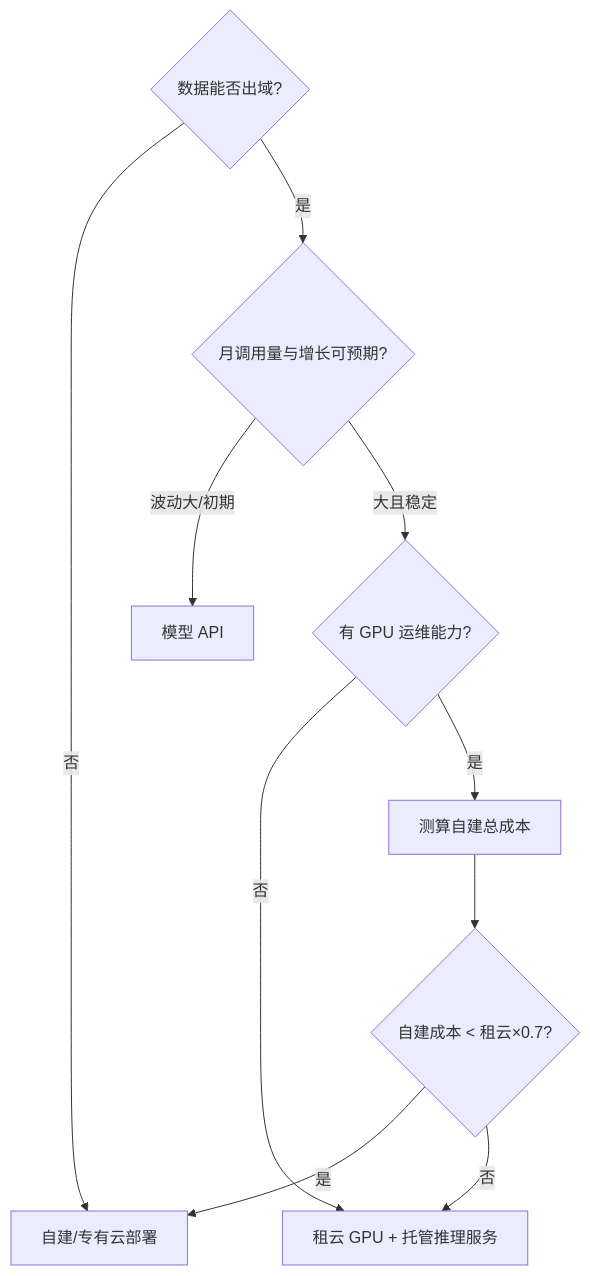
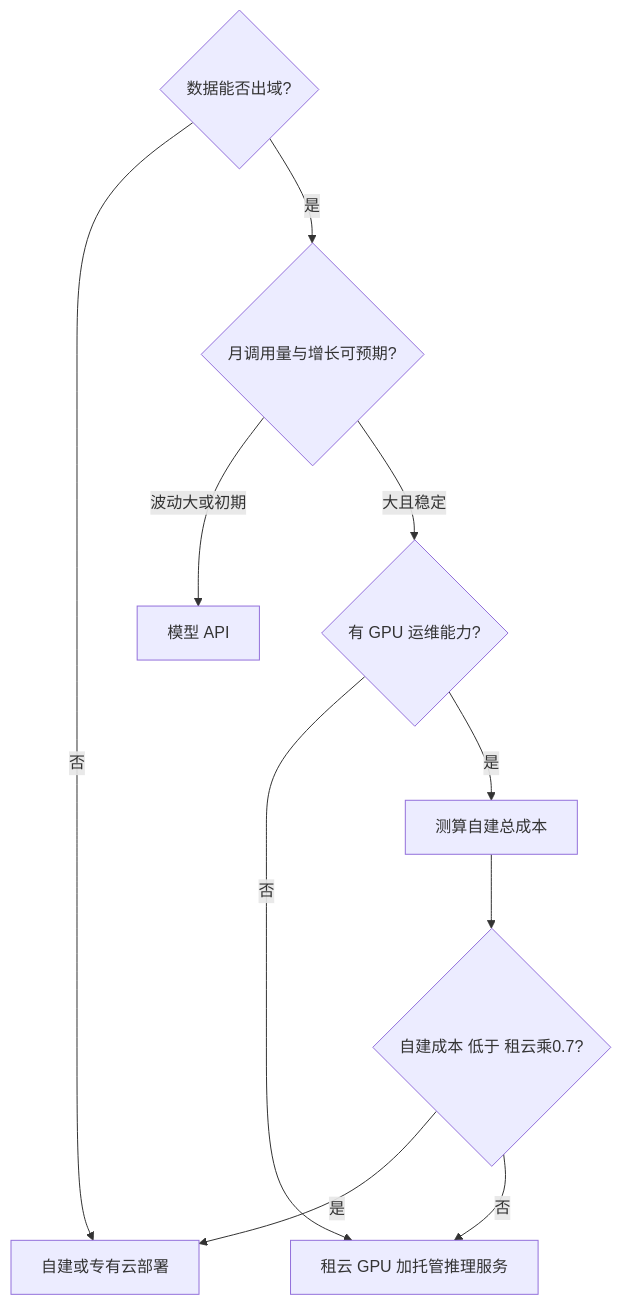
One commit to shuifans/cloud-ai-knowledge-base changed the third of 3 diagrams in docs/ai/infra/inference/gpu-sizing.md. Above: the diagram before and after it, drawn with Mermaid. The commit also changed other lines of this file and 294 other files, not shown here.

First line of the commit message:
更新: 全站 35 篇文章对标 speech-gen 全面升级（深度/配图/引用/决策图）

````diff
--- a/docs/ai/infra/inference/gpu-sizing.md
+++ b/docs/ai/infra/inference/gpu-sizing.md
@@ -148,12 +458,12 @@
 ```mermaid
 flowchart TD
-  Q1{数据能否出域?} -->|否| S[自建/专有云部署]
+  Q1{数据能否出域?} -->|否| S[自建或专有云部署]
   Q1 -->|是| Q2{月调用量与增长可预期?}
-  Q2 -->|波动大/初期| A[模型 API]
+  Q2 -->|波动大或初期| A[模型 API]
   Q2 -->|大且稳定| Q3{有 GPU 运维能力?}
-  Q3 -->|否| R[租云 GPU + 托管推理服务]
+  Q3 -->|否| R[租云 GPU 加托管推理服务]
   Q3 -->|是| C[测算自建总成本]
-  C --> Q4{自建成本 < 租云×0.7?}
+  C --> Q4{自建成本 低于 租云乘0.7?}
   Q4 -->|是| S
   Q4 -->|否| R
 ```
````
